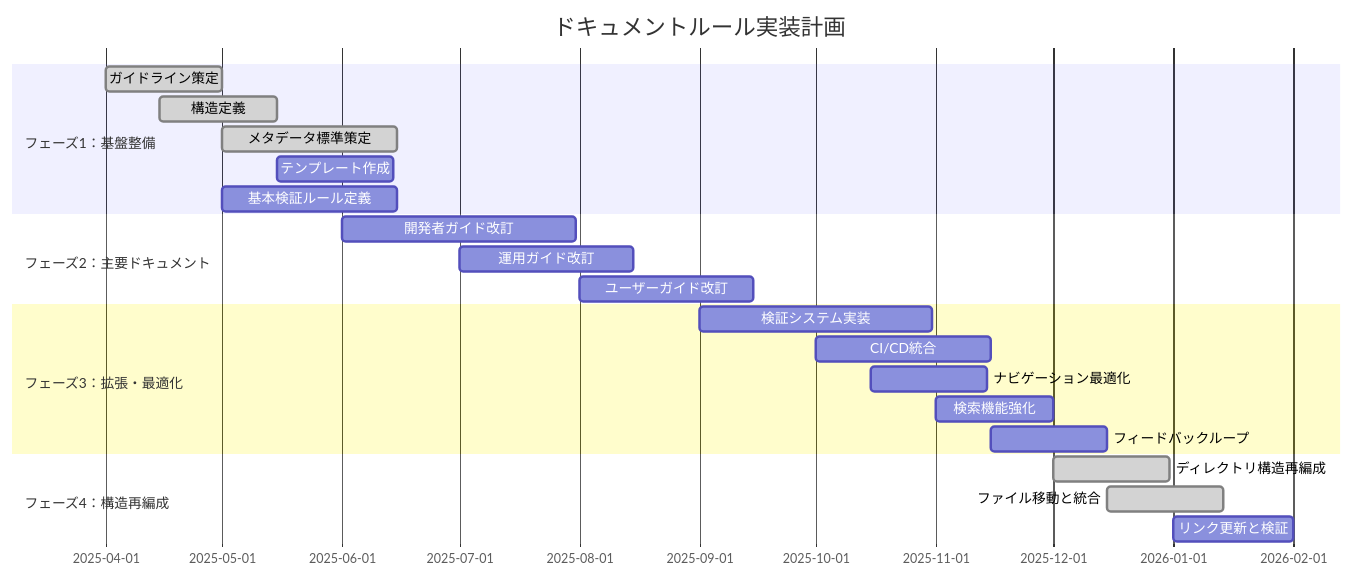
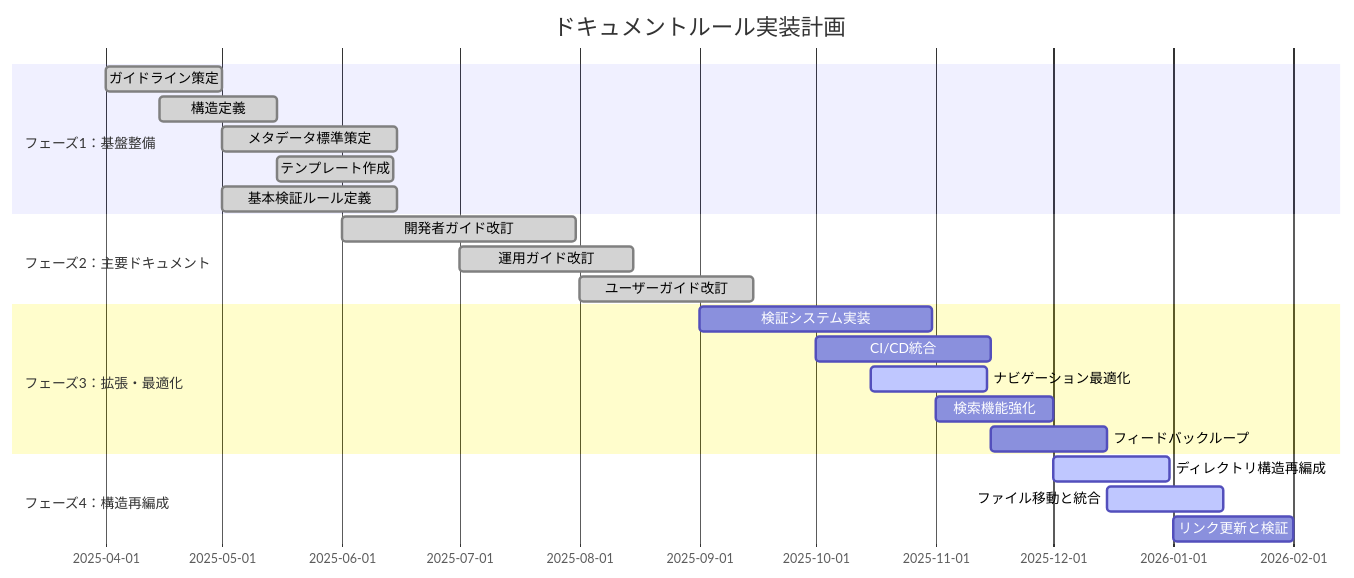
One commit to ToyB0x/git-resume changed the second of 2 diagrams in docs/PROGRESS.md. Above: the diagram before and after it, drawn with Mermaid. The commit also changed other lines of this file and 1 other file, not shown here.

````diff
--- a/docs/PROGRESS.md
+++ b/docs/PROGRESS.md
@@ -27,25 +27,25 @@
 ```mermaid
 gantt
     title ドキュメントルール実装計画
     dateFormat  YYYY-MM-DD
     section フェーズ1：基盤整備
     ガイドライン策定      :done, g1, 2025-04-01, 30d
     構造定義              :done, g2, 2025-04-15, 30d
     メタデータ標準策定    :done, g3, 2025-05-01, 45d
-    テンプレート作成      :g4, 2025-05-15, 30d
-    基本検証ルール定義    :g5, 2025-05-01, 45d
+    テンプレート作成      :done, g4, 2025-05-15, 30d
+    基本検証ルール定義    :done, g5, 2025-05-01, 45d
     section フェーズ2：主要ドキュメント
-    開発者ガイド改訂      :g6, 2025-06-01, 60d
-    運用ガイド改訂        :g7, 2025-07-01, 45d
-    ユーザーガイド改訂    :g8, 2025-08-01, 45d
+    開発者ガイド改訂      :done, g6, 2025-06-01, 60d
+    運用ガイド改訂        :done, g7, 2025-07-01, 45d
+    ユーザーガイド改訂    :done, g8, 2025-08-01, 45d
     section フェーズ3：拡張・最適化
     検証システム実装      :g9, 2025-09-01, 60d
     CI/CD統合             :g10, 2025-10-01, 45d
-    ナビゲーション最適化  :g11, 2025-10-15, 30d
+    ナビゲーション最適化  :active, g11, 2025-10-15, 30d
     検索機能強化          :g12, 2025-11-01, 30d
     フィードバックループ  :g13, 2025-11-15, 30d
     section フェーズ4：構造再編成
-    ディレクトリ構造再編成 :done, g14, 2025-12-01, 30d
-    ファイル移動と統合     :done, g15, 2025-12-15, 30d
+    ディレクトリ構造再編成 :active, g14, 2025-12-01, 30d
+    ファイル移動と統合     :active, g15, 2025-12-15, 30d
     リンク更新と検証       :g16, 2026-01-01, 31d
 ```
````
